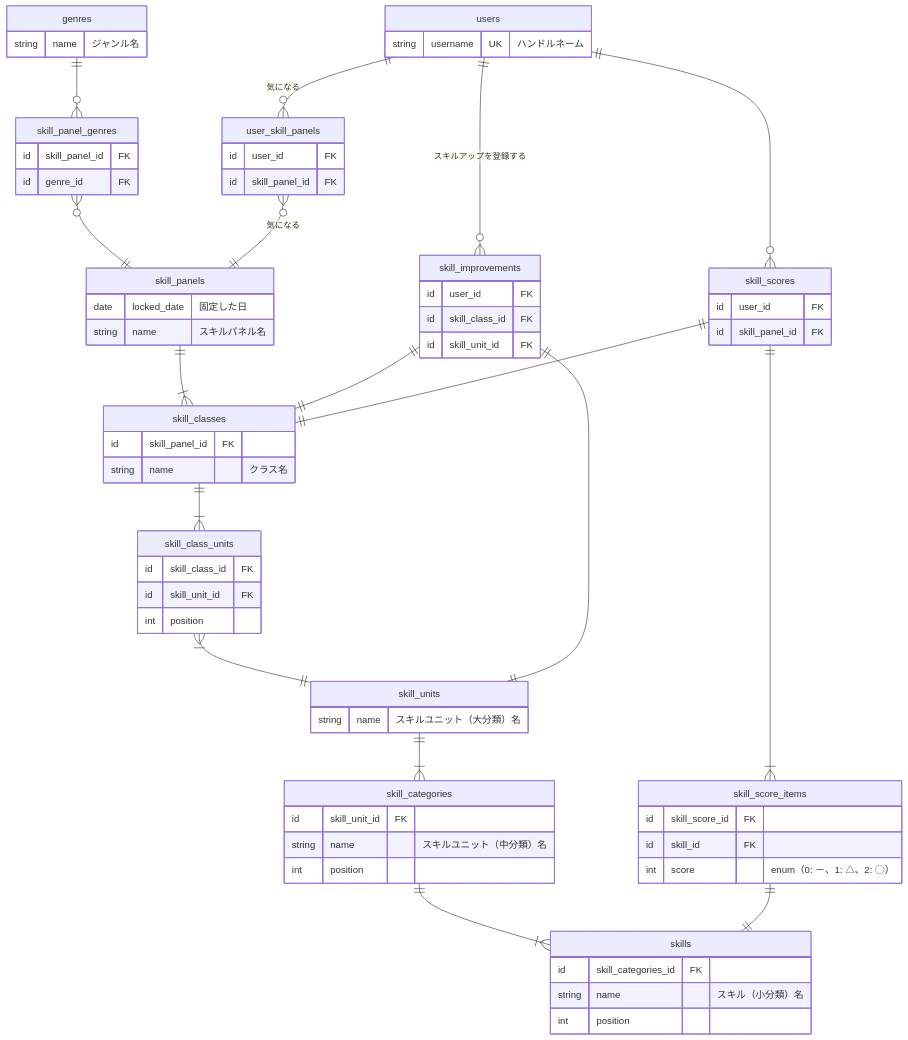
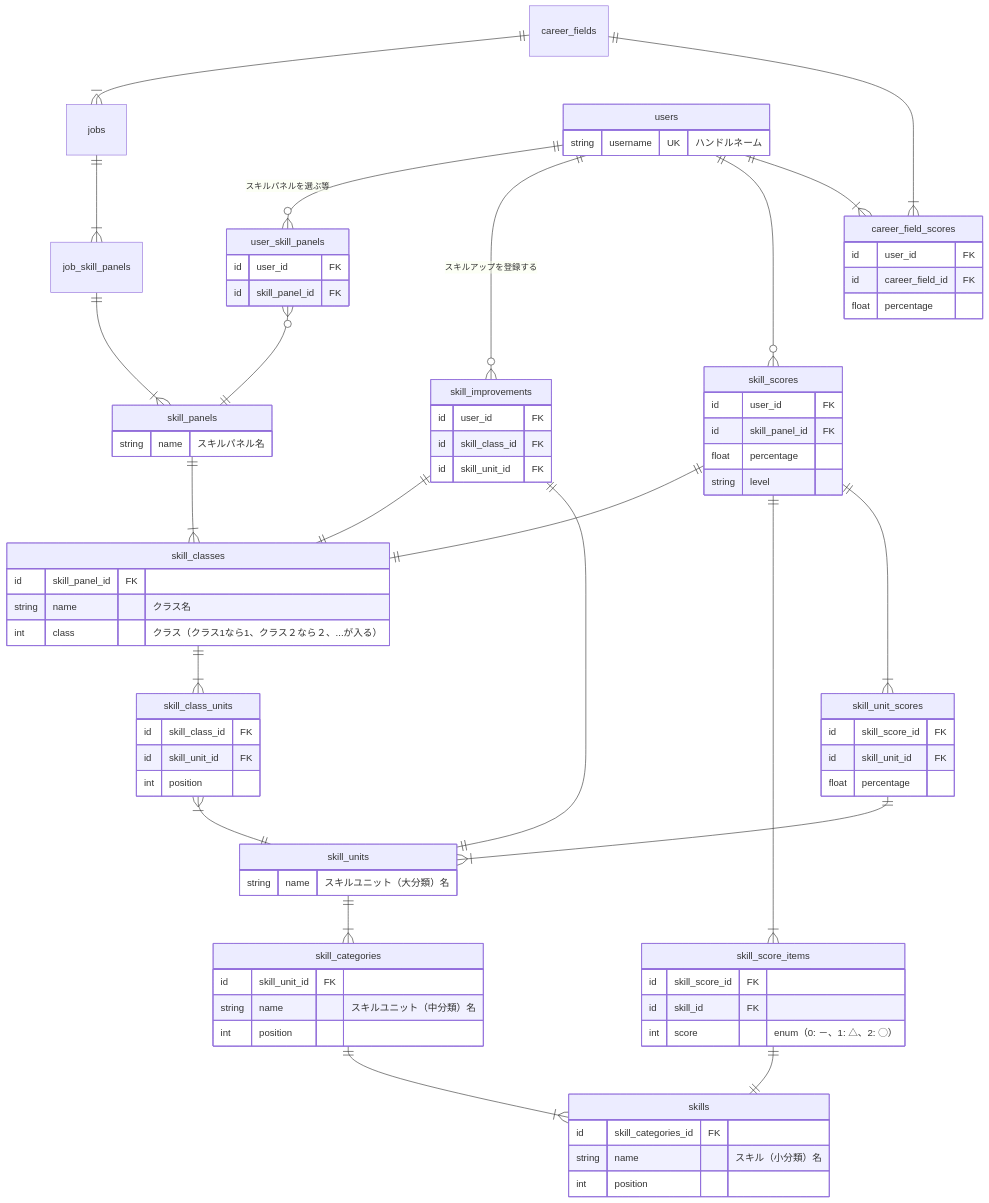
The second of 2 diagrams in docs/conceptual_schemas/skills.md (bright-org/bright), drawn with Mermaid before and after one commit. The commit also changed other lines of this file, not shown here.

Commit message:
docs: add 概念スキーマにスキルジェム表示用の集計テーブルを加味

````diff
--- a/docs/conceptual_schemas/skills.md
+++ b/docs/conceptual_schemas/skills.md
@@ -46,30 +51,44 @@
 ```mermaid
 erDiagram
+  career_fields ||--|{ jobs : ""
+  jobs ||--|{ job_skill_panels : ""
   skill_panels ||--|{ skill_classes : ""
+  job_skill_panels ||--|{ skill_panels : ""
   skill_classes ||--|{ skill_class_units : ""
   skill_class_units }|--|| skill_units : ""
   skill_units ||--|{ skill_categories : ""
   skill_categories ||--|{ skills : ""
-  genres ||--o{ skill_panel_genres : ""
-  skill_panel_genres }o--|| skill_panels : ""
-  users ||--o{ user_skill_panels : "気になる"
-  user_skill_panels }o--|| skill_panels : "気になる"
+  users ||--o{ user_skill_panels : "スキルパネルを選ぶ等"
+  user_skill_panels }o--|| skill_panels : ""
   users ||--o{ skill_improvements : "スキルアップを登録する"
   skill_improvements ||--|| skill_classes : ""
   skill_improvements ||--|| skill_units : ""
   users ||--o{ skill_scores : ""
   skill_scores ||--|| skill_classes : ""
   skill_scores ||--|{ skill_score_items : ""
+  skill_scores ||--|{ skill_unit_scores : ""
+  skill_unit_scores ||--|{ skill_units : ""
   skill_score_items ||--|| skills : ""
+  users ||--|{ career_field_scores : ""
+  career_fields ||--|{ career_field_scores : ""
+
+  career_fields {
+  }
+
+  jobs {
+  }
+
+  job_skill_panels {
+  }
 
   skill_panels {
-    date locked_date "固定した日"
     string name "スキルパネル名"
   }
 
   skill_classes {
     id skill_panel_id FK
     string name "クラス名"
+    int class "クラス（クラス1なら1、クラス２なら２、...が入る）"
   }
 
   skill_class_units {
@@ -94,15 +113,6 @@
     int position
   }
 
-  genres {
-    string name "ジャンル名"
-  }
-
-  skill_panel_genres {
-    id skill_panel_id FK
-    id genre_id FK
-  }
-
   users {
     string username UK "ハンドルネーム"
   }
@@ -121,6 +131,14 @@
   skill_scores {
     id user_id FK
     id skill_panel_id FK
+    float percentage
+    string level
+  }
+
+  skill_unit_scores {
+    id skill_score_id FK
+    id skill_unit_id FK
+    float percentage
   }
 
   skill_score_items {
@@ -128,4 +146,10 @@
     id skill_id FK
     int score "enum（0: －、1: △、2: ◯）"
   }
+
+  career_field_scores {
+    id user_id FK
+    id career_field_id FK
+    float percentage
+  }
 ```
````
